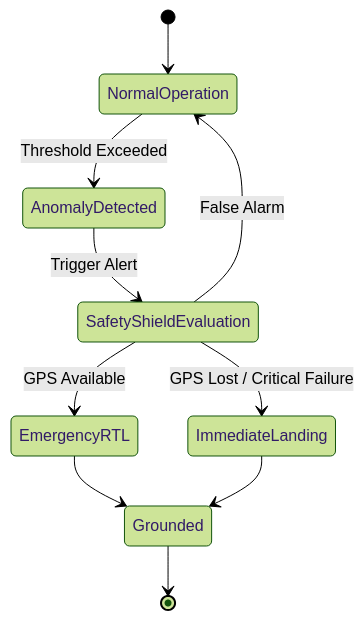
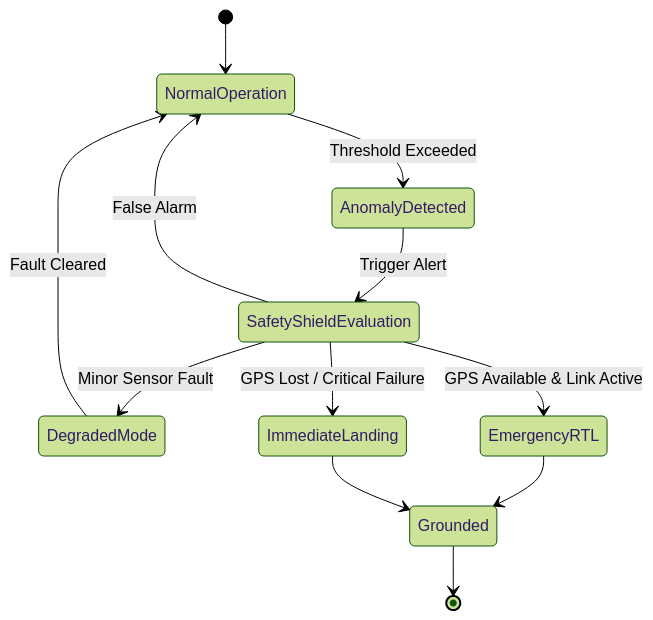
Before and after one commit to subhamsje/Drone-N1: the third of 4 diagrams in sn-article-template/docs/SYSTEM_ARCHITECTURE.md, drawn with Mermaid (forest theme). The commit also changed other lines of this file and 3 other files, not shown here.

Commit message:
feat(telemetry, frontend, docs): add zero-copy binary ws streaming, clean HUD imports, and expand DO-178C architecture specs

````diff
--- a/sn-article-template/docs/SYSTEM_ARCHITECTURE.md
+++ b/sn-article-template/docs/SYSTEM_ARCHITECTURE.md
@@ -43,12 +45,14 @@
 ```mermaid
 stateDiagram-v2
     [*] --> NormalOperation
     NormalOperation --> AnomalyDetected : Threshold Exceeded
     AnomalyDetected --> SafetyShieldEvaluation : Trigger Alert
     SafetyShieldEvaluation --> NormalOperation : False Alarm
-    SafetyShieldEvaluation --> EmergencyRTL : GPS Available
+    SafetyShieldEvaluation --> DegradedMode : Minor Sensor Fault
+    DegradedMode --> NormalOperation : Fault Cleared
+    SafetyShieldEvaluation --> EmergencyRTL : GPS Available & Link Active
     SafetyShieldEvaluation --> ImmediateLanding : GPS Lost / Critical Failure
     EmergencyRTL --> Grounded
     ImmediateLanding --> Grounded
     Grounded --> [*]
 ```
````
